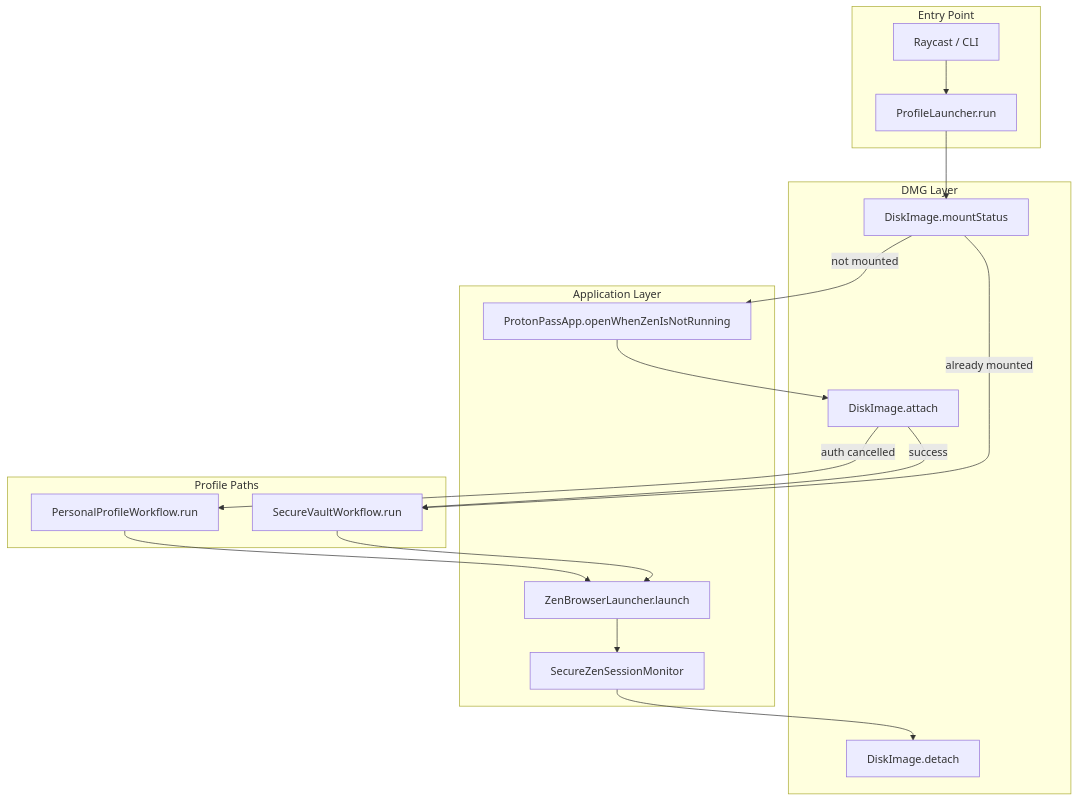
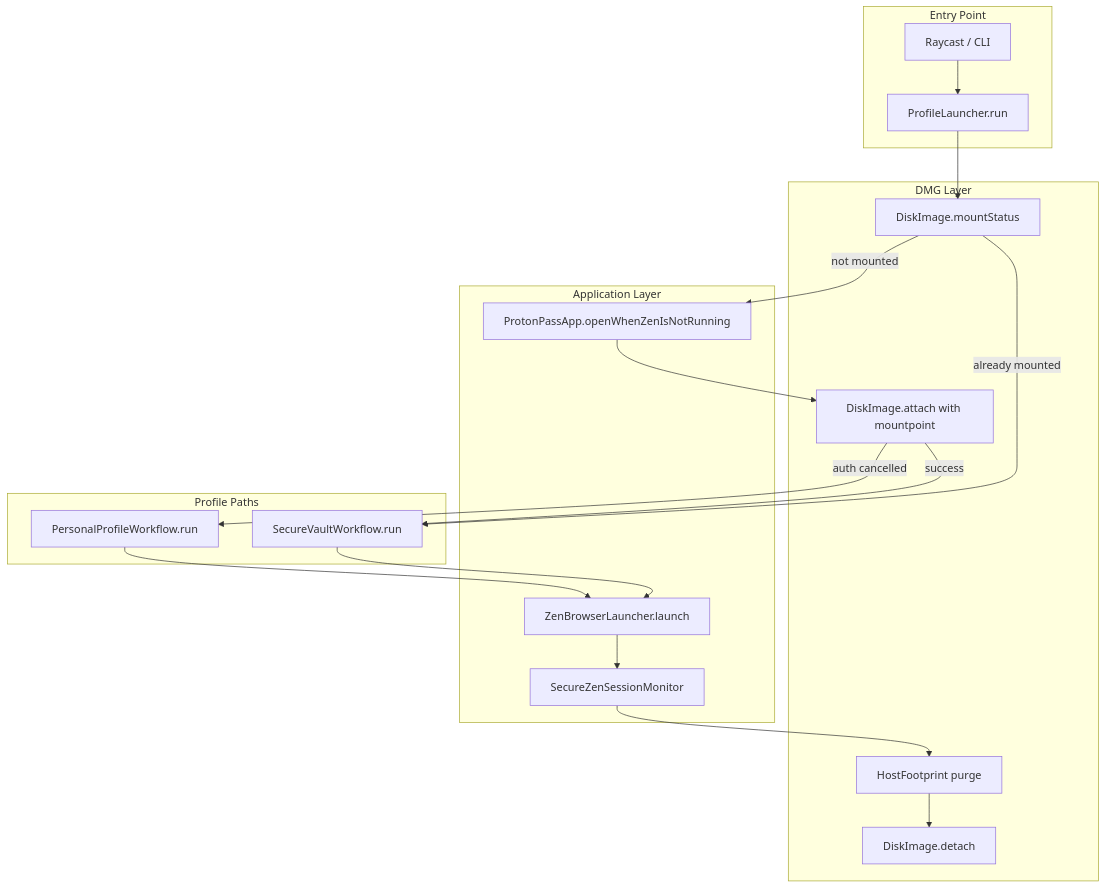
Before and after one commit to Johann-Goncalves-Pereira/Raycast: the first of 6 diagrams in პროფილი-README.md, drawn with Mermaid. The commit also changed other lines of this file and 1 other file, not shown here.

````diff
--- a/პროფილი-README.md
+++ b/პროფილი-README.md
@@ -25,36 +25,38 @@
 ```mermaid
 flowchart TB
     subgraph entry [Entry Point]
         Raycast[Raycast / CLI]
         Run[ProfileLauncher.run]
     end
 
     subgraph dmg [DMG Layer]
         CheckMount[DiskImage.mountStatus]
-        Mount[DiskImage.attach]
+        Mount[DiskImage.attach with mountpoint]
+        Footprint[HostFootprint purge]
         Eject[DiskImage.detach]
     end
 
     subgraph apps [Application Layer]
         ProtonPass[ProtonPassApp.openWhenZenIsNotRunning]
         Zen[ZenBrowserLauncher.launch]
         Monitor[SecureZenSessionMonitor]
     end
 
     subgraph profiles [Profile Paths]
         Secure[SecureVaultWorkflow.run]
         Personal[PersonalProfileWorkflow.run]
     end
 
     Raycast --> Run
     Run --> CheckMount
     CheckMount -->|already mounted| Secure
     CheckMount -->|not mounted| ProtonPass
     ProtonPass --> Mount
     Mount -->|success| Secure
     Mount -->|auth cancelled| Personal
     Secure --> Zen
     Zen --> Monitor
-    Monitor --> Eject
+    Monitor --> Footprint
+    Footprint --> Eject
     Personal --> Zen
 ```
````
